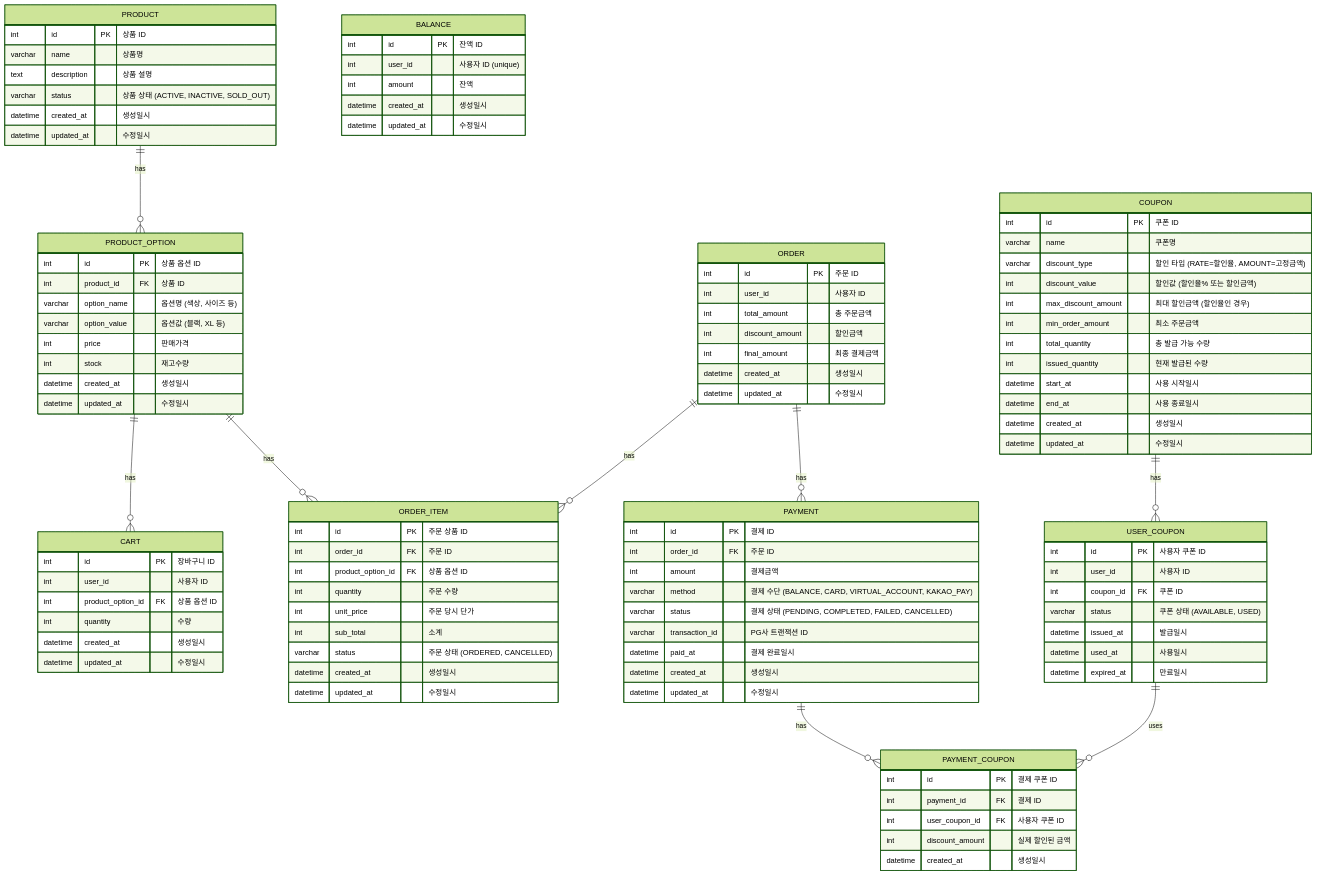
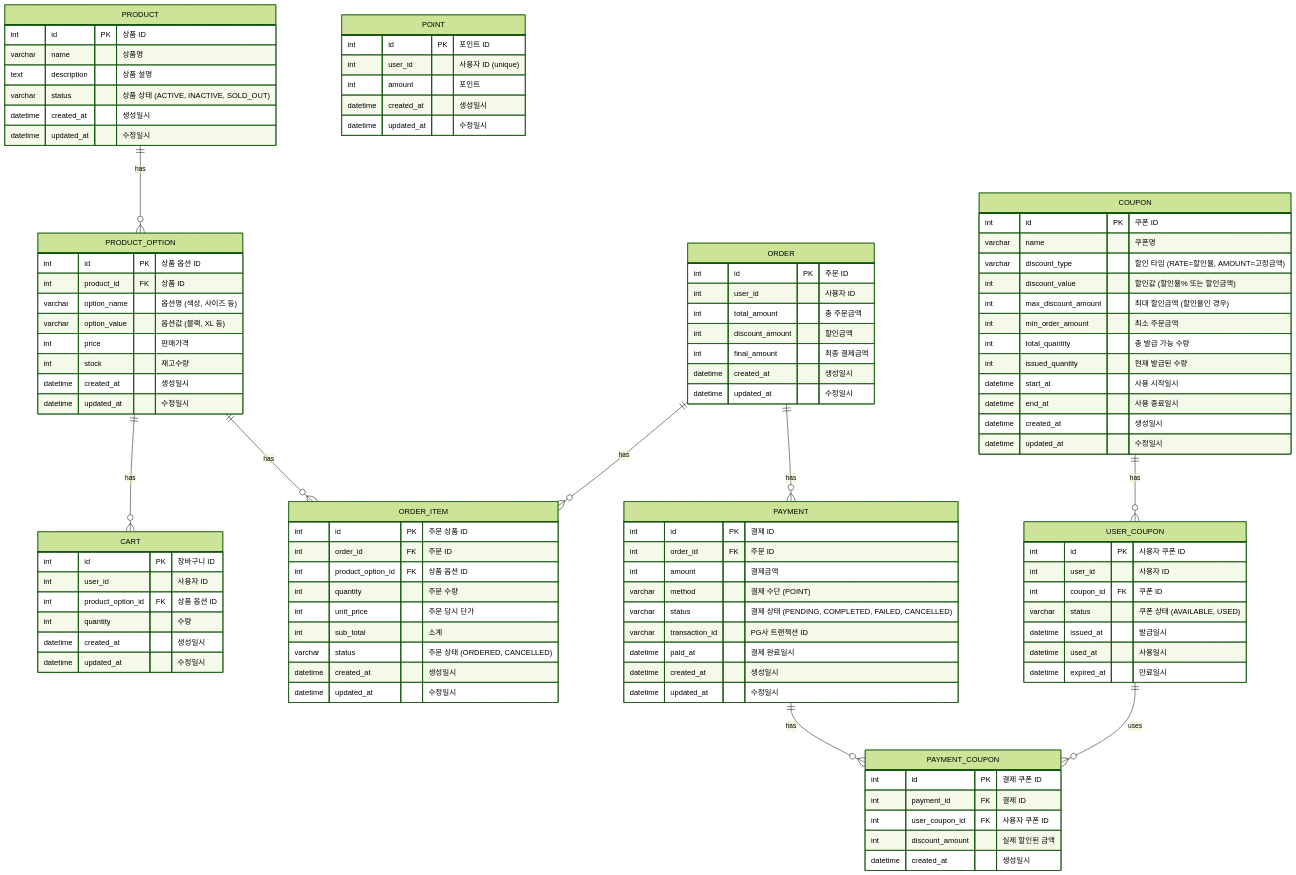
One commit to hye-ung97/hh-e-commerce changed the diagram in docs/api/data-models.md. Above: the diagram before and after it, drawn with Mermaid (forest theme). The commit also changed other lines of this file and 11 other files, not shown here.

Commit message:
refactor: balance -> point 이름 변경

```diff
--- a/docs/api/data-models.md
+++ b/docs/api/data-models.md
@@ -57,7 +57,7 @@
         int id PK "결제 ID"
         int order_id FK "주문 ID"
         int amount "결제금액"
-        varchar method "결제 수단 (BALANCE, CARD, VIRTUAL_ACCOUNT, KAKAO_PAY)"
+        varchar method "결제 수단 (POINT)"
         varchar status "결제 상태 (PENDING, COMPLETED, FAILED, CANCELLED)"
         varchar transaction_id "PG사 트랜잭션 ID"
         datetime paid_at "결제 완료일시"
@@ -98,10 +98,10 @@
         datetime expired_at "만료일시"
     }
 
-    BALANCE {
-        int id PK "잔액 ID"
+    POINT {
+        int id PK "포인트 ID"
         int user_id "사용자 ID (unique)"
-        int amount "잔액"
+        int amount "포인트"
         datetime created_at "생성일시"
         datetime updated_at "수정일시"
     }
```
